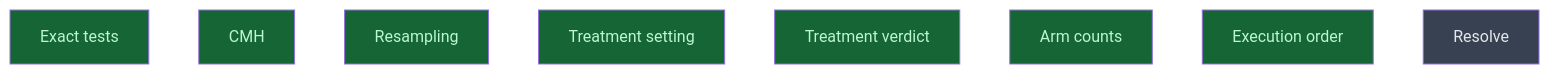
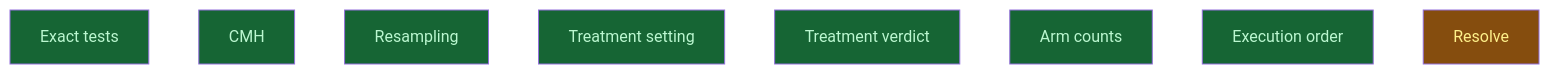
One commit to CrackingShells/Candler changed the diagram in __roadmap__/m6a-paired-stats/README.md. Above: the diagram before and after it, drawn with Mermaid. The commit also changed other lines of this file and 1 other file, not shown here.

Commit message:
rdm(stats): close the m6a L1 leaves
level_resolve and blocking are merged, and STD, DIGEST, GOLDEN, LINUX,
SUBJ and GEN pass at the tip. Their statuses are done, resolve/ is in
progress, and the Progress table records each merge, the u64 units
answer and what L2 inherits.

````diff
--- a/__roadmap__/m6a-paired-stats/README.md
+++ b/__roadmap__/m6a-paired-stats/README.md
@@ -78,16 +78,16 @@
 ```mermaid
 graph TD
     exact_tests[Exact tests]:::done
     cmh[CMH]:::done
     resampling[Resampling]:::done
     treatment_setting[Treatment setting]:::done
     treatment_verdict[Treatment verdict]:::done
     arm_counts[Arm counts]:::done
     execution_order[Execution order]:::done
-    resolve[Resolve]:::planned
+    resolve[Resolve]:::inprogress
     classDef done       fill:#166534,color:#bbf7d0
     classDef inprogress fill:#854d0e,color:#fef08a
     classDef planned    fill:#374151,color:#e5e7eb
     classDef amendment  fill:#1e3a5f,color:#bfdbfe
     classDef blocked    fill:#7f1d1d,color:#fecaca
 ```
````
